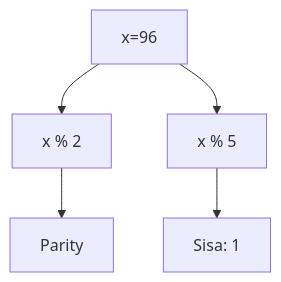
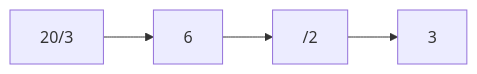
One commit to amnahwaida/OSNK_INF_PREP changed the fourth of 25 diagrams in part-c-pemahaman-cpp/03-perulangan/latihan/set-09.md. Above: the diagram before and after it, drawn with Mermaid. The commit also changed other lines of this file and 71 other files, not shown here.

Commit message:
Fixed Mermaid syntax lexical errors with quoted labels in 1,800 questions

````diff
--- a/part-c-pemahaman-cpp/03-perulangan/latihan/set-09.md
+++ b/part-c-pemahaman-cpp/03-perulangan/latihan/set-09.md
@@ -143,7 +112,6 @@
 ```mermaid
-graph TD
-A[x=96] --> B[x % 2]
-B --> C[Parity]
-A --> D[x % 5]
-D --> E[Sisa: 1]
+graph LR
+A["20/3"] --> B["6"]
+B --> C["/2"]
+C --> D["3"]
 ```
````
